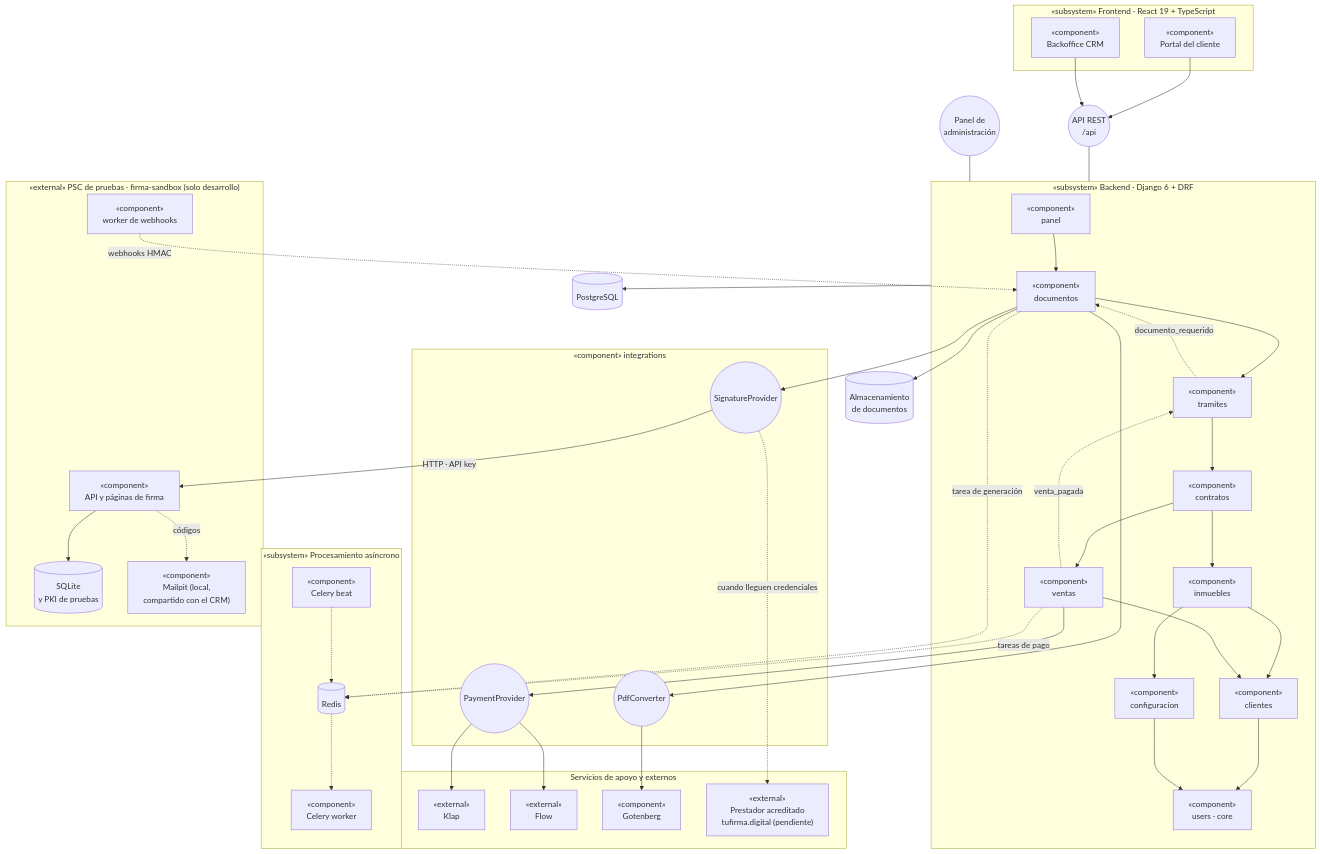
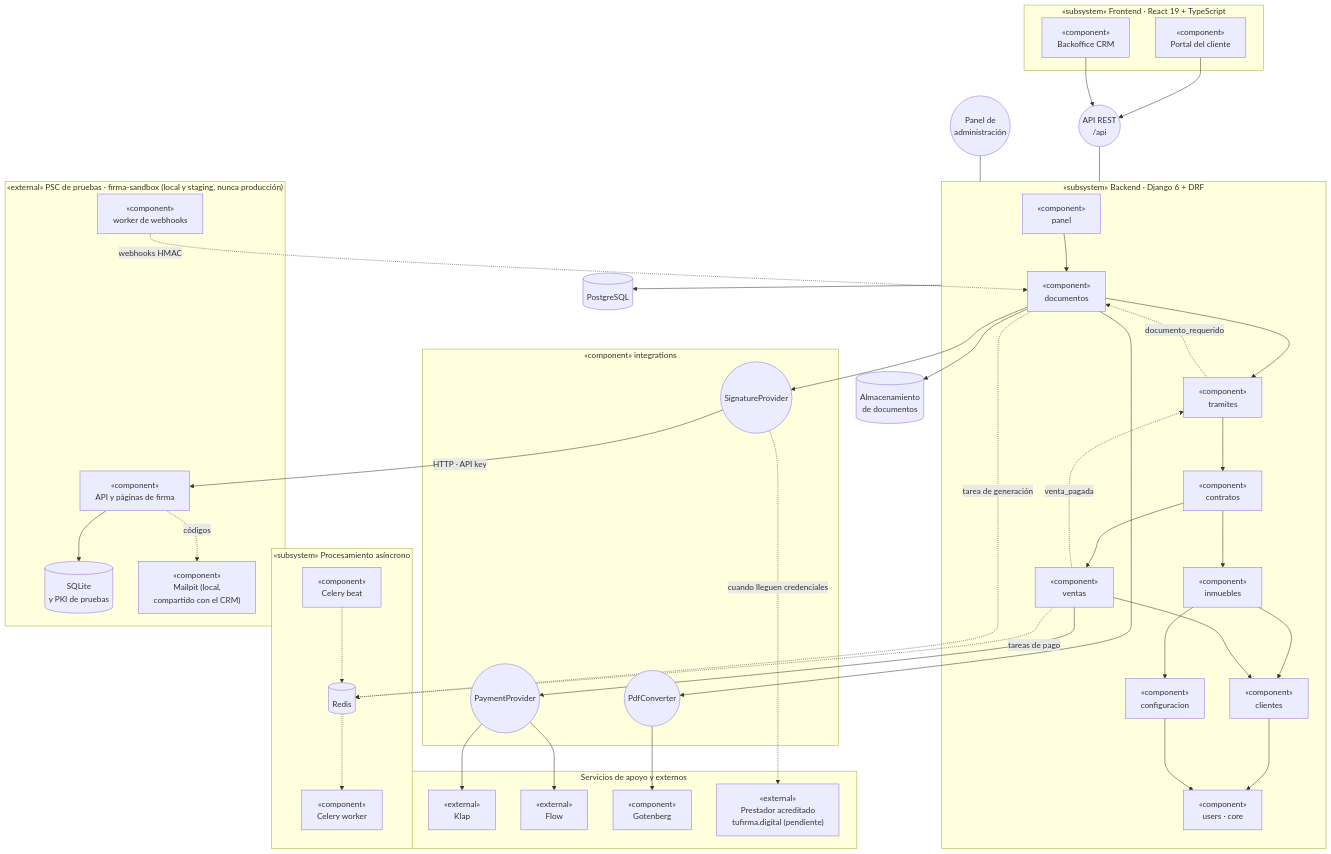
One commit to fecartagena/CRM---Easy-Office changed the second of 7 diagrams in Fase 2/Evidencias Proyecto/Documentación/07_arquitectura/ARQ-001_Arquitectura.md. Above: the diagram before and after it, drawn with Mermaid. The commit also changed other lines of this file and 10 other files, not shown here.

Commit message:
Registrar HU-31 en rama local, EVI-T11 y el ambiente de staging

```diff
--- a/Fase 2/Evidencias Proyecto/Documentación/07_arquitectura/ARQ-001_Arquitectura.md
+++ b/Fase 2/Evidencias Proyecto/Documentación/07_arquitectura/ARQ-001_Arquitectura.md
@@ -149,7 +149,7 @@
         GOT["«component»<br/>Gotenberg"]
         FIRMA["«external»<br/>Prestador acreditado<br/>tufirma.digital (pendiente)"]
     end
-    subgraph PSC["«external» PSC de pruebas · firma-sandbox (solo desarrollo)"]
+    subgraph PSC["«external» PSC de pruebas · firma-sandbox (local y staging, nunca producción)"]
         PSCAPI["«component»<br/>API y páginas de firma"]
         PSCW["«component»<br/>worker de webhooks"]
         PSCDB[("SQLite<br/>y PKI de pruebas")]
```
